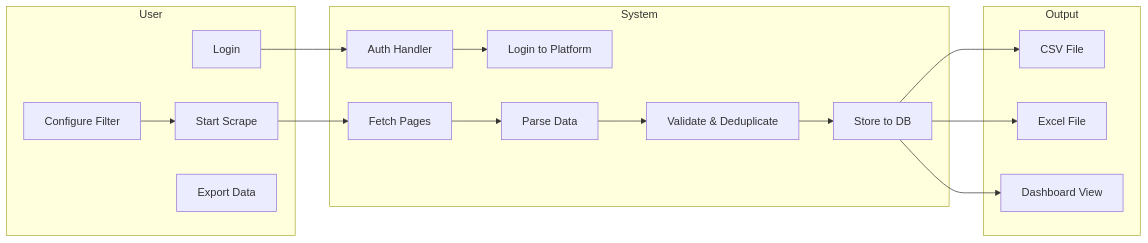
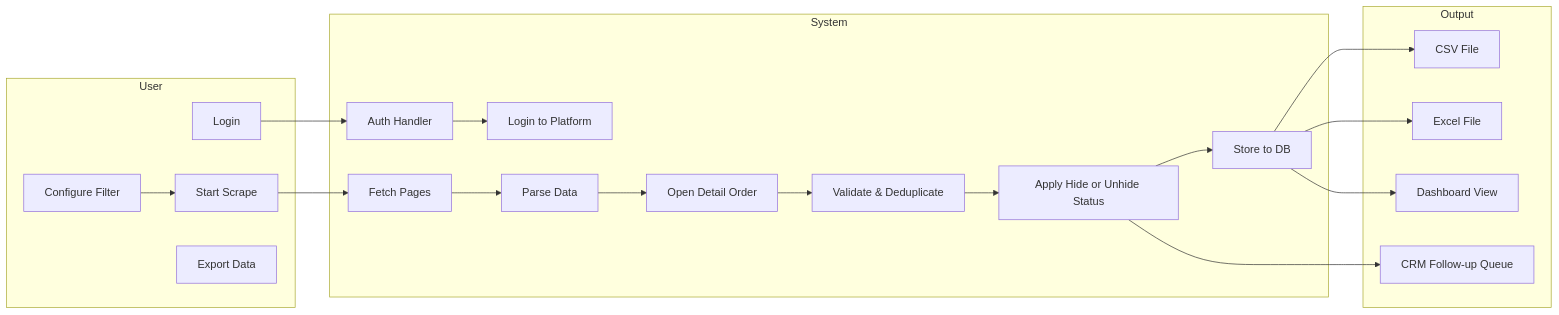
One commit to viciansyah-1995/MP-CRM-SCRAPER changed the second of 5 diagrams in BRD.md. Above: the diagram before and after it, drawn with Mermaid. The commit also changed other lines of this file and 1 other file, not shown here.

Commit message:
Refine CRM follow-up scope and TikTok detail order flow

````diff
--- a/BRD.md
+++ b/BRD.md
@@ -208,35 +222,41 @@
 ```mermaid
 flowchart LR
     subgraph "User"
         LOGIN[Login]
         CONFIG[Configure Filter]
         START[Start Scrape]
         EXPORT[Export Data]
     end
 
     subgraph "System"
         AUTH[Auth Handler]
         LOG[Login to Platform]
         FETCH[Fetch Pages]
         PARSE[Parse Data]
         VALIDATE[Validate & Deduplicate]
+        DETAIL[Open Detail Order]
+        VISIBILITY[Apply Hide or Unhide Status]
         STORE[Store to DB]
     end
 
     subgraph "Output"
         CSV[CSV File]
         EXCEL[Excel File]
         DASH[Dashboard View]
+        CRM[CRM Follow-up Queue]
     end
 
     LOGIN --> AUTH
     AUTH --> LOG
     CONFIG --> START
     START --> FETCH
     FETCH --> PARSE
-    PARSE --> VALIDATE
-    VALIDATE --> STORE
+    PARSE --> DETAIL
+    DETAIL --> VALIDATE
+    VALIDATE --> VISIBILITY
+    VISIBILITY --> STORE
     STORE --> CSV
     STORE --> EXCEL
     STORE --> DASH
+    VISIBILITY --> CRM
 ```
````
